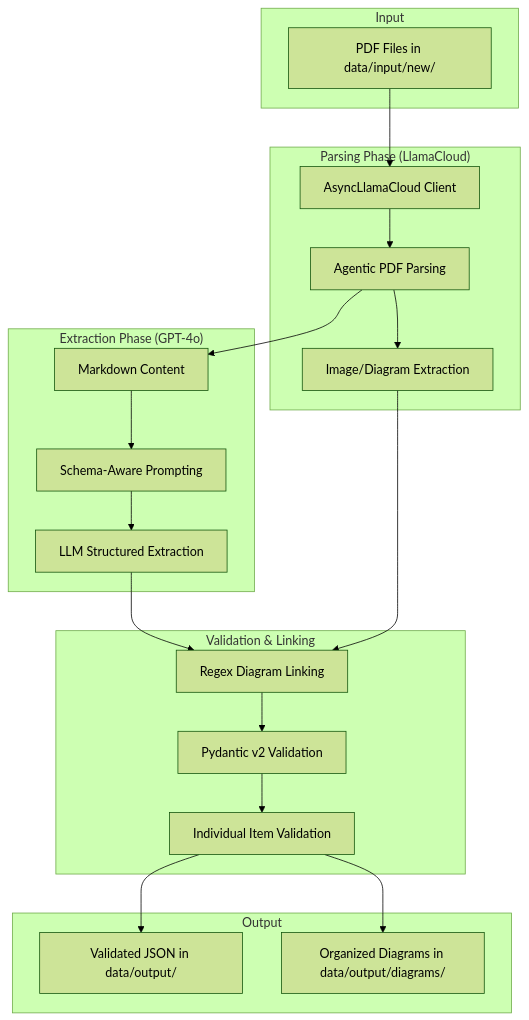
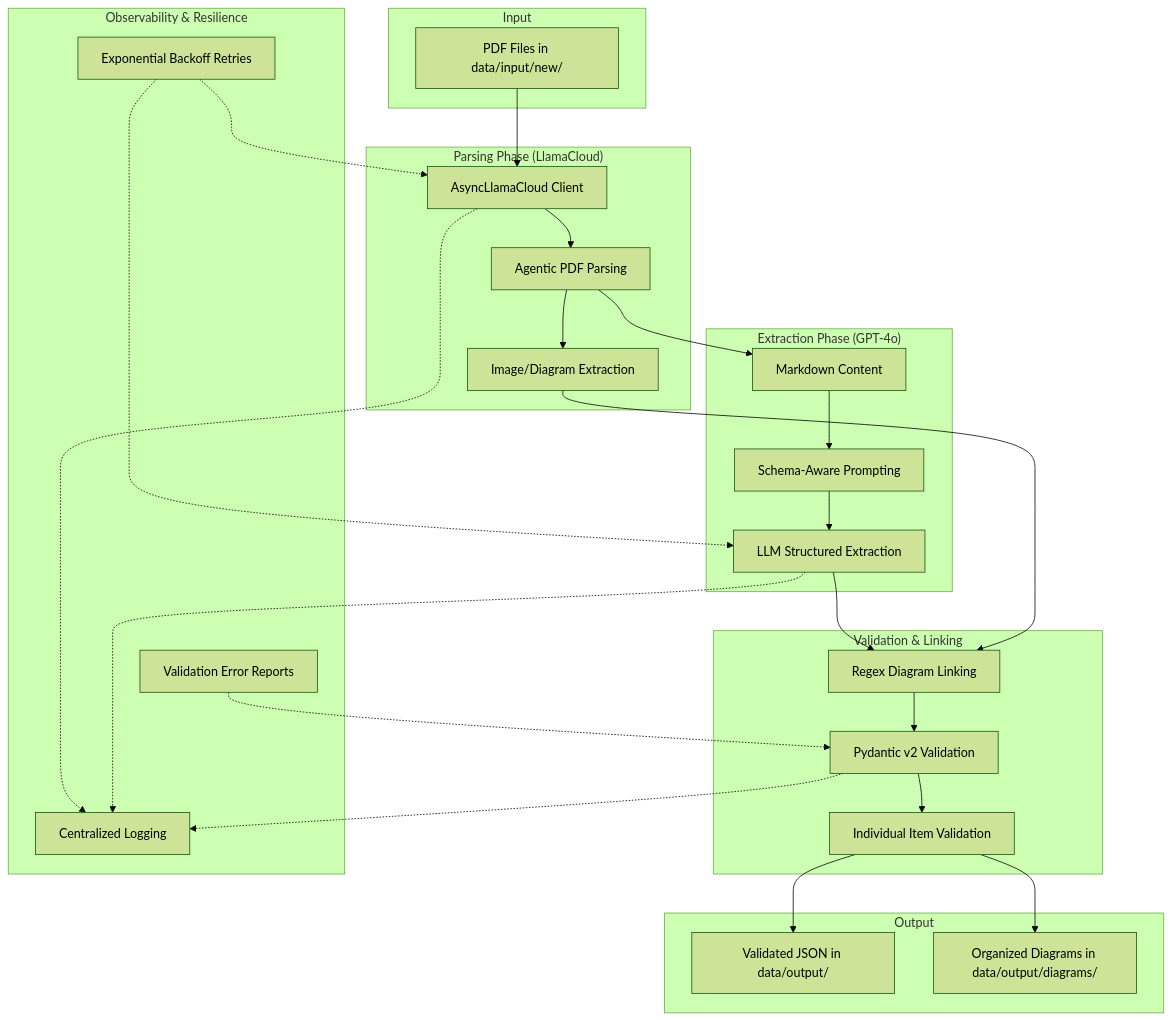
Before and after one commit to Arv-ind-s/llama-pydantic-extraction: the diagram in README.md, drawn with Mermaid (forest theme). The commit also changed other lines of this file, not shown here.

Commit message:
docs: add observability and resilience layer to architecture diagram

````diff
--- a/README.md
+++ b/README.md
@@ -17,42 +17,56 @@
 ```mermaid
 graph TD
     subgraph Input
         A[PDF Files in data/input/new/]
     end
 
     subgraph "Parsing Phase (LlamaCloud)"
         B[AsyncLlamaCloud Client]
         C[Agentic PDF Parsing]
         D[Image/Diagram Extraction]
     end
 
     subgraph "Extraction Phase (GPT-4o)"
         E[Markdown Content]
         F[Schema-Aware Prompting]
         G[LLM Structured Extraction]
     end
 
     subgraph "Validation & Linking"
         H[Regex Diagram Linking]
         I[Pydantic v2 Validation]
         J[Individual Item Validation]
     end
 
     subgraph Output
         K[Validated JSON in data/output/]
         L[Organized Diagrams in data/output/diagrams/]
     end
 
+    subgraph "Observability & Resilience"
+        M[Centralized Logging]
+        N[Exponential Backoff Retries]
+        O[Validation Error Reports]
+    end
+
     A --> B
     B --> C
     C --> D
     C --> E
     E --> F
     F --> G
     G --> H
     D --> H
     H --> I
     I --> J
     J --> K
     J --> L
+
+    %% Observability Connections
+    B -.-> M
+    G -.-> M
+    I -.-> M
+    N -.-> B
+    N -.-> G
+    O -.-> I
 ```
````
